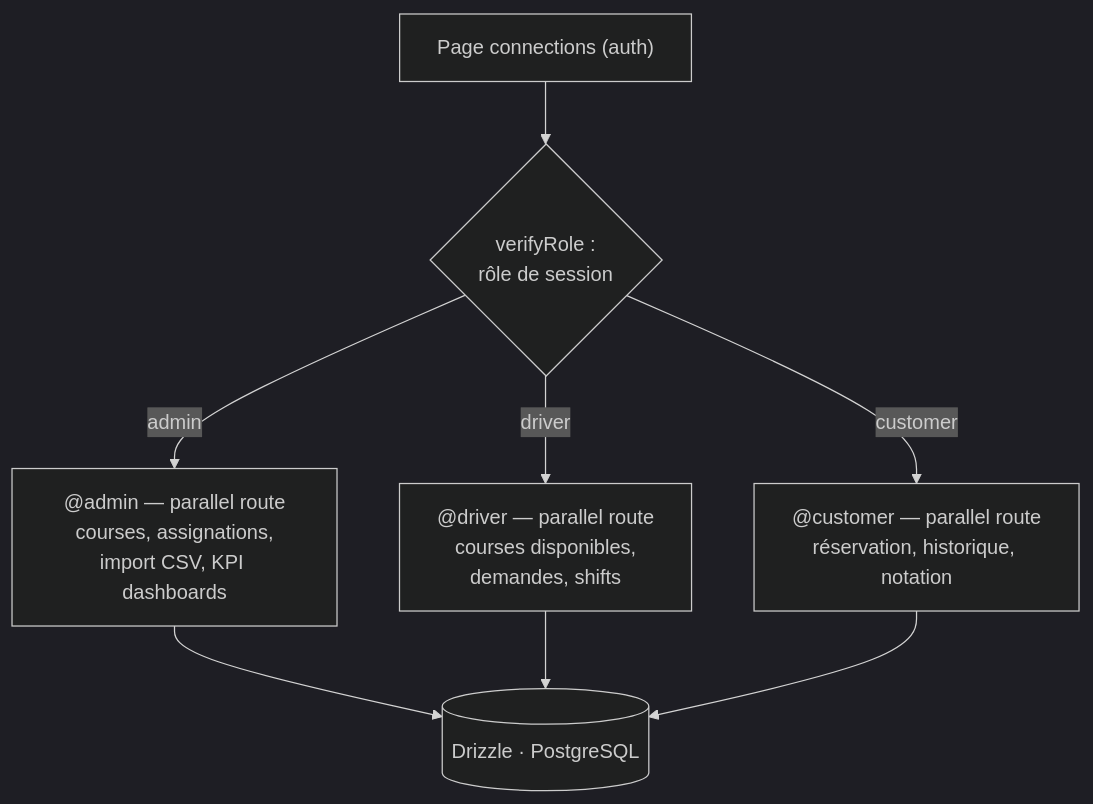
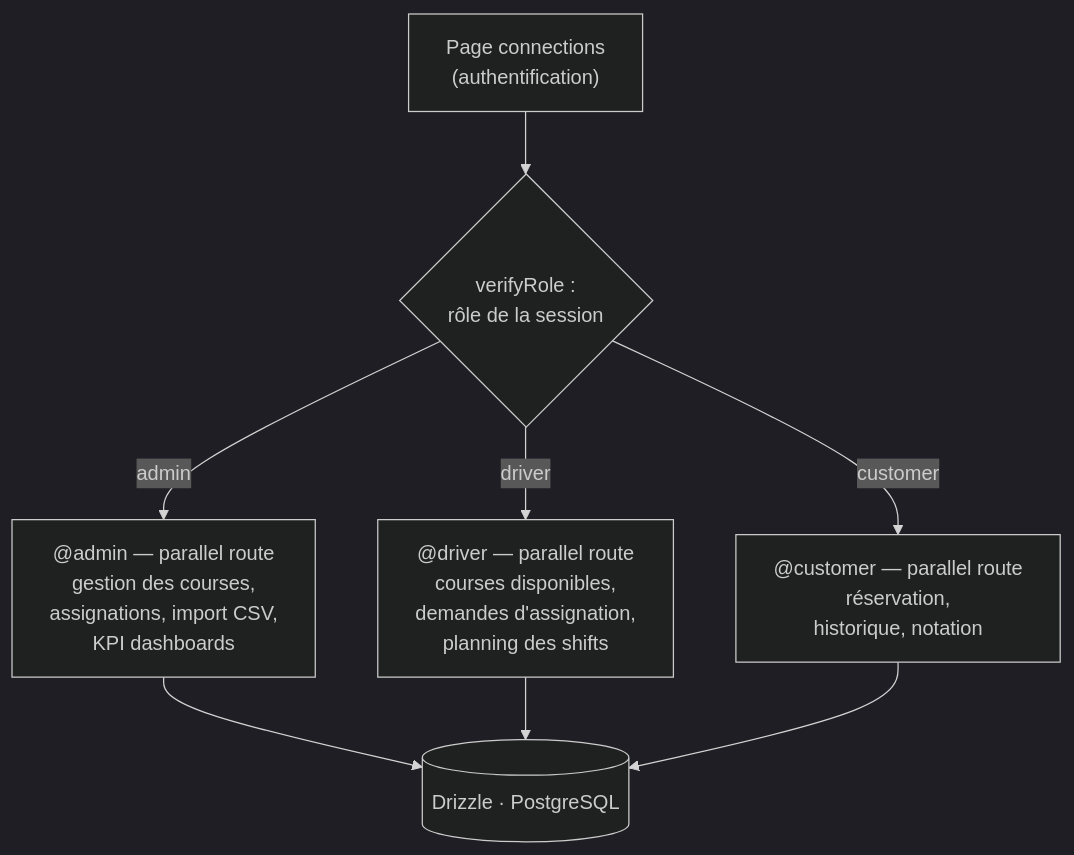
One commit to Mamoru-fr/AMT-Express changed the sixth of 9 diagrams in documents/dossiers/dossierProjet/dossierProjetRNCP.md. Above: the diagram before and after it, drawn with Mermaid (dark theme). The commit also changed other lines of this file and 7 other files, not shown here.

````diff
--- a/documents/dossiers/dossierProjet/dossierProjetRNCP.md
+++ b/documents/dossiers/dossierProjet/dossierProjetRNCP.md
@@ -327,10 +425,10 @@
 ```mermaid
 flowchart TD
-    C["Page connections (auth)"] --> R{verifyRole :<br/>rôle de session}
-    R -- admin --> A["@admin — parallel route<br/>courses, assignations,<br/>import CSV, KPI dashboards"]
-    R -- driver --> D["@driver — parallel route<br/>courses disponibles,<br/>demandes, shifts"]
-    R -- customer --> CU["@customer — parallel route<br/>réservation, historique, notation"]
+    C["Page connections<br/>(authentification)"] --> R{verifyRole :<br/>rôle de la session}
+    R -- admin --> A["@admin — parallel route<br/>gestion des courses,<br/>assignations, import CSV,<br/>KPI dashboards"]
+    R -- driver --> D["@driver — parallel route<br/>courses disponibles,<br/>demandes d'assignation,<br/>planning des shifts"]
+    R -- customer --> CU["@customer — parallel route<br/>réservation,<br/>historique, notation"]
     A --> G[(Drizzle · PostgreSQL)]
     D --> G
     CU --> G
 ```
````
